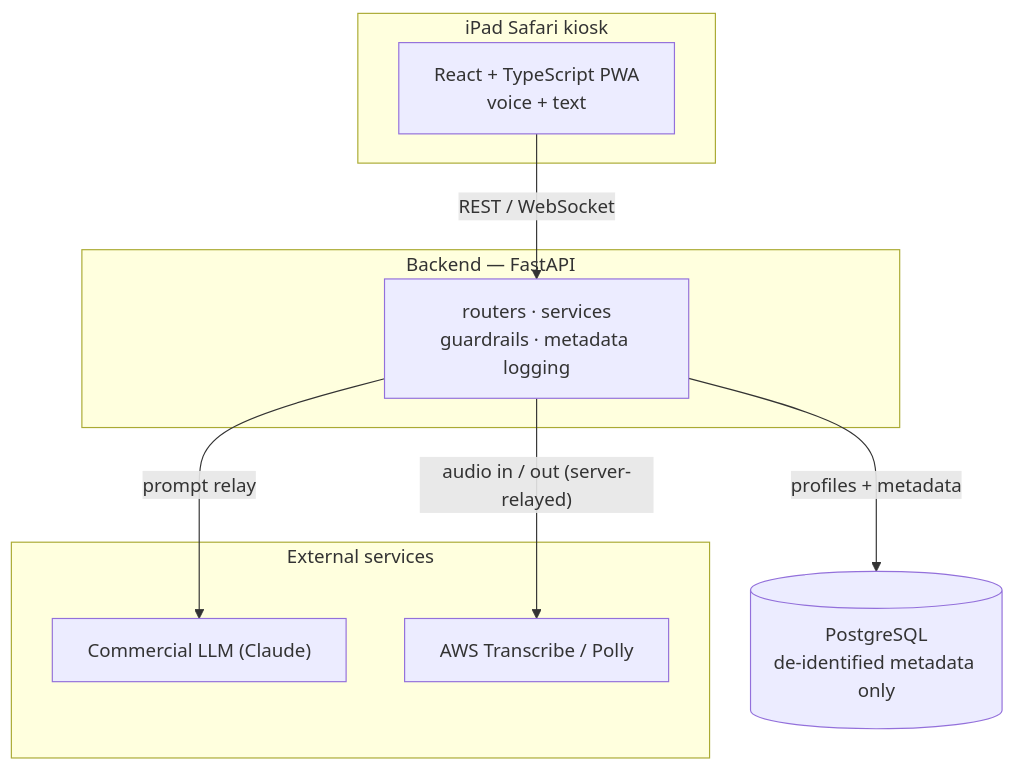
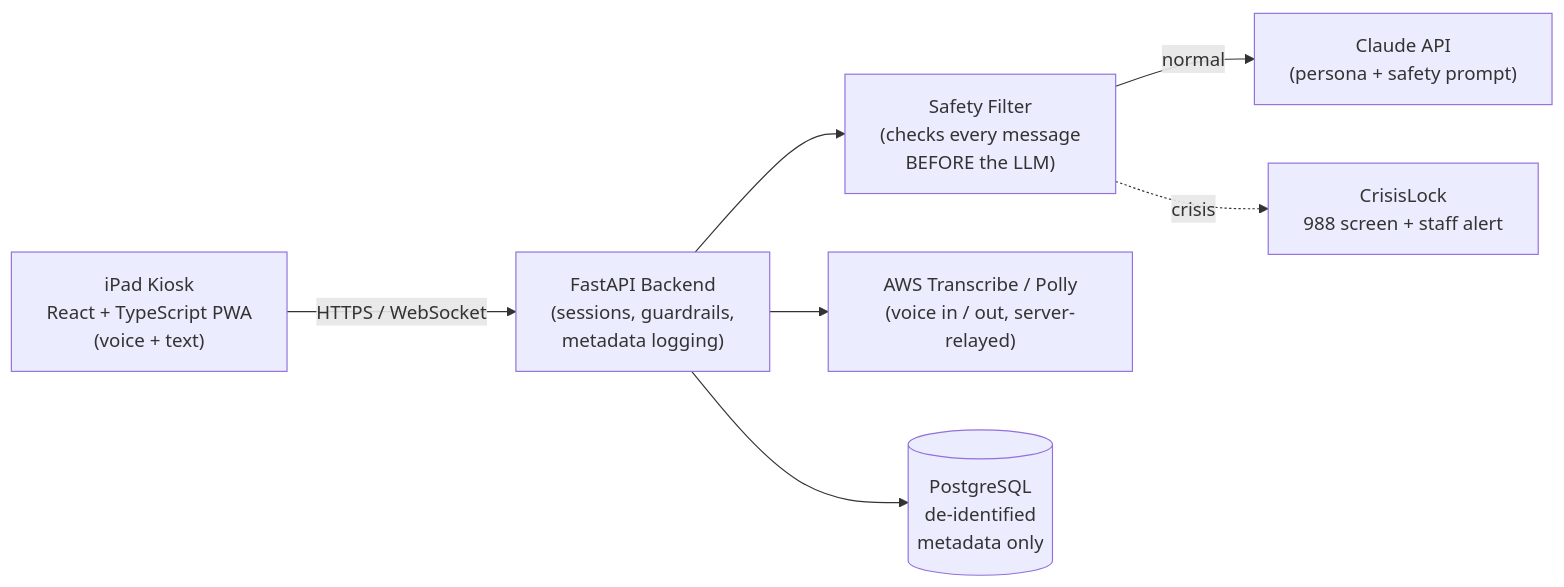
One commit to back99/mci-chatbot-showcase changed the first of 3 diagrams in docs/architecture.md. Above: the diagram before and after it, drawn with Mermaid. The commit also changed 1 other file, not shown here.

Commit message:
Unify the overview diagram: single canonical architecture (safety branch included, infra layer omitted) used in both README and architecture doc

````diff
--- a/docs/architecture.md
+++ b/docs/architecture.md
@@ -20,19 +20,17 @@
 ```mermaid
-flowchart TB
-    subgraph Kiosk["iPad Safari kiosk"]
-        FE["React + TypeScript PWA<br/>voice + text"]
-    end
-    subgraph Server["Backend — FastAPI"]
-        API["routers · services<br/>guardrails · metadata logging"]
-    end
-    subgraph External["External services"]
-        LLM["Commercial LLM (Claude)"]
-        VOICE["AWS Transcribe / Polly"]
-    end
-    DB[("PostgreSQL<br/>de-identified metadata only")]
+flowchart LR
+    FE["iPad Kiosk<br/>React + TypeScript PWA<br/>(voice + text)"]
+    API["FastAPI Backend<br/>(sessions, guardrails,<br/>metadata logging)"]
+    SF["Safety Filter<br/>(checks every message<br/>BEFORE the LLM)"]
+    LLM["Claude API<br/>(persona + safety prompt)"]
+    LOCK["CrisisLock<br/>988 screen + staff alert"]
+    VOICE["AWS Transcribe / Polly<br/>(voice in / out, server-relayed)"]
+    DB[("PostgreSQL<br/>de-identified<br/>metadata only")]
 
-    FE -->|"REST / WebSocket"| API
-    API -->|"prompt relay"| LLM
-    API -->|"audio in / out (server-relayed)"| VOICE
-    API -->|"profiles + metadata"| DB
+    FE -->|"HTTPS / WebSocket"| API
+    API --> SF
+    SF -->|"normal"| LLM
+    SF -.->|"crisis"| LOCK
+    API --> VOICE
+    API --> DB
 ```
````
